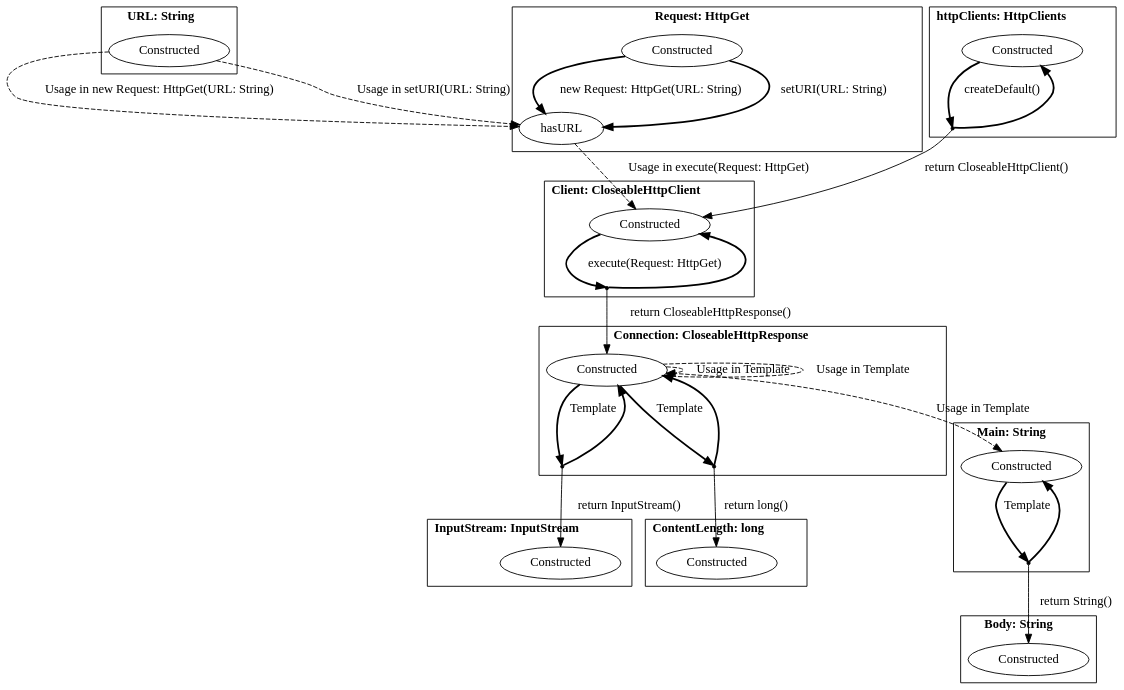
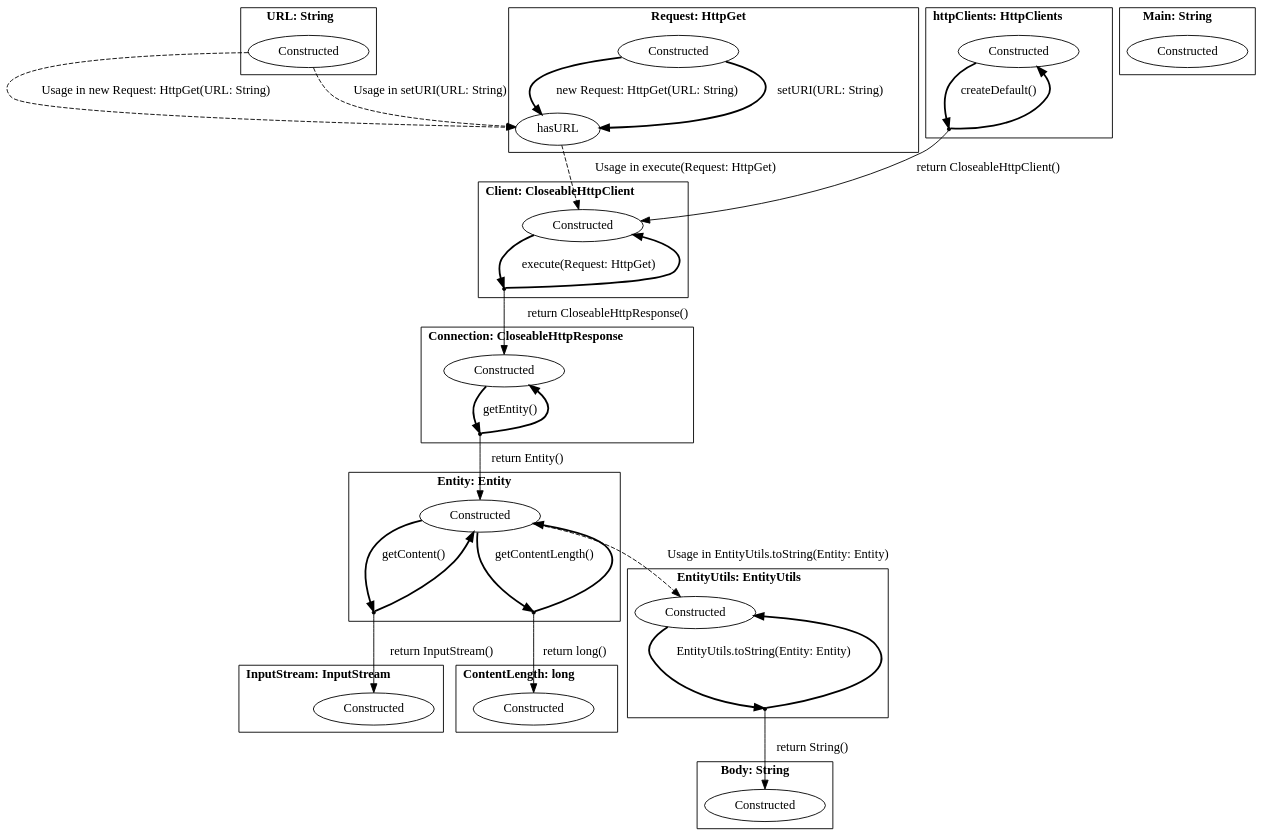
Before and after one commit to h31/LibraryMigration: the diagram in pictures/apache.dot, drawn with Graphviz. The commit also changed 1 other file, not shown here.

Commit message:
Change Apache HttpClient model

```diff
--- a/pictures/apache.dot
+++ b/pictures/apache.dot
@@ -1,68 +1,78 @@
 digraph G {
     bgcolor="transparent";
     subgraph cluster0 {
     label = <<B>URL: String</B>>;
         Constructed_URL [ label="Constructed" ];
     }
     subgraph cluster1 {
     label = <<B>Request: HttpGet</B>>;
         Constructed_Request [ label="Constructed" ];
         hasURL_Request [ label="hasURL" ];
     }
     subgraph cluster2 {
     label = <<B>Client: CloseableHttpClient</B>>;
         Constructed_Client [ label="Constructed" ];
         virtual0 [ shape = point ];
     }
     subgraph cluster3 {
     label = <<B>Connection: CloseableHttpResponse</B>>;
         Constructed_Connection [ label="Constructed" ];
         virtual1 [ shape = point ];
-        virtual2 [ shape = point ];
     }
     subgraph cluster4 {
     label = <<B>Body: String</B>>;
         Constructed_Body [ label="Constructed" ];
     }
     subgraph cluster5 {
     label = <<B>httpClients: HttpClients</B>>;
         Constructed_httpClients [ label="Constructed" ];
-        virtual3 [ shape = point ];
+        virtual2 [ shape = point ];
     }
     subgraph cluster6 {
     label = <<B>Main: String</B>>;
         Constructed_Main [ label="Constructed" ];
-        virtual4 [ shape = point ];
     }
     subgraph cluster7 {
     label = <<B>InputStream: InputStream</B>>;
         Constructed_InputStream [ label="Constructed" ];
     }
     subgraph cluster8 {
     label = <<B>ContentLength: long</B>>;
         Constructed_ContentLength [ label="Constructed" ];
     }
+    subgraph cluster9 {
+    label = <<B>Entity: Entity</B>>;
+        Constructed_Entity [ label="Constructed" ];
+        virtual3 [ shape = point ];
+        virtual4 [ shape = point ];
+    }
+    subgraph cluster10 {
+    label = <<B>EntityUtils: EntityUtils</B>>;
+        Constructed_EntityUtils [ label="Constructed" ];
+        virtual5 [ shape = point ];
+    }
         Constructed_URL -> hasURL_Request [ label="Usage in new Request: HttpGet(URL: String)", style = "dashed"  ];
         Constructed_URL -> hasURL_Request [ label="Usage in setURI(URL: String)", style = "dashed"  ];
         Constructed_Request -> hasURL_Request [ label="new Request: HttpGet(URL: String)", style = "bold"  ];
         Constructed_Request -> hasURL_Request [ label="setURI(URL: String)", style = "bold"  ];
         hasURL_Request -> Constructed_Client [ label="Usage in execute(Request: HttpGet)", style = "dashed"  ];
         Constructed_Client -> virtual0 [ style = "bold" label="execute(Request: HttpGet)"  ];
         virtual0 -> Constructed_Client [ style = "bold"  ];
         virtual0 -> Constructed_Connection [ label="return CloseableHttpResponse()"  ];
-        Constructed_Connection -> Constructed_Main [ label="Usage in Template", style = "dashed"  ];
-        Constructed_Connection -> virtual1 [ style = "bold" label="Template"  ];
+        Constructed_Connection -> virtual1 [ style = "bold" label="getEntity()"  ];
         virtual1 -> Constructed_Connection [ style = "bold"  ];
-        virtual1 -> Constructed_InputStream [ label="return InputStream()"  ];
-        Constructed_Connection -> Constructed_Connection [ label="Usage in Template", style = "dashed"  ];
-        Constructed_Connection -> virtual2 [ style = "bold" label="Template"  ];
-        virtual2 -> Constructed_Connection [ style = "bold"  ];
-        virtual2 -> Constructed_ContentLength [ label="return long()"  ];
-        Constructed_Connection -> Constructed_Connection [ label="Usage in Template", style = "dashed"  ];
-        Constructed_httpClients -> virtual3 [ style = "bold" label="createDefault()"  ];
-        virtual3 -> Constructed_httpClients [ style = "bold"  ];
-        virtual3 -> Constructed_Client [ label="return CloseableHttpClient()"  ];
-        Constructed_Main -> virtual4 [ style = "bold" label="Template"  ];
-        virtual4 -> Constructed_Main [ style = "bold"  ];
-        virtual4 -> Constructed_Body [ label="return String()"  ];
+        virtual1 -> Constructed_Entity [ label="return Entity()"  ];
+        Constructed_httpClients -> virtual2 [ style = "bold" label="createDefault()"  ];
+        virtual2 -> Constructed_httpClients [ style = "bold"  ];
+        virtual2 -> Constructed_Client [ label="return CloseableHttpClient()"  ];
+        Constructed_Entity -> Constructed_EntityUtils [ label="Usage in EntityUtils.toString(Entity: Entity)", style = "dashed"  ];
+        Constructed_Entity -> virtual3 [ style = "bold" label="getContent()"  ];
+        virtual3 -> Constructed_Entity [ style = "bold"  ];
+        virtual3 -> Constructed_InputStream [ label="return InputStream()"  ];
+        Constructed_Entity -> virtual4 [ style = "bold" label="getContentLength()"  ];
+        virtual4 -> Constructed_Entity [ style = "bold"  ];
+        virtual4 -> Constructed_ContentLength [ label="return long()"  ];
+        Constructed_EntityUtils -> virtual5 [ style = "bold" label="EntityUtils.toString(Entity: Entity)"  ];
+        virtual5 -> Constructed_EntityUtils [ style = "bold"  ];
+        virtual5 -> Constructed_Body [ label="return String()"  ];
 }
```
